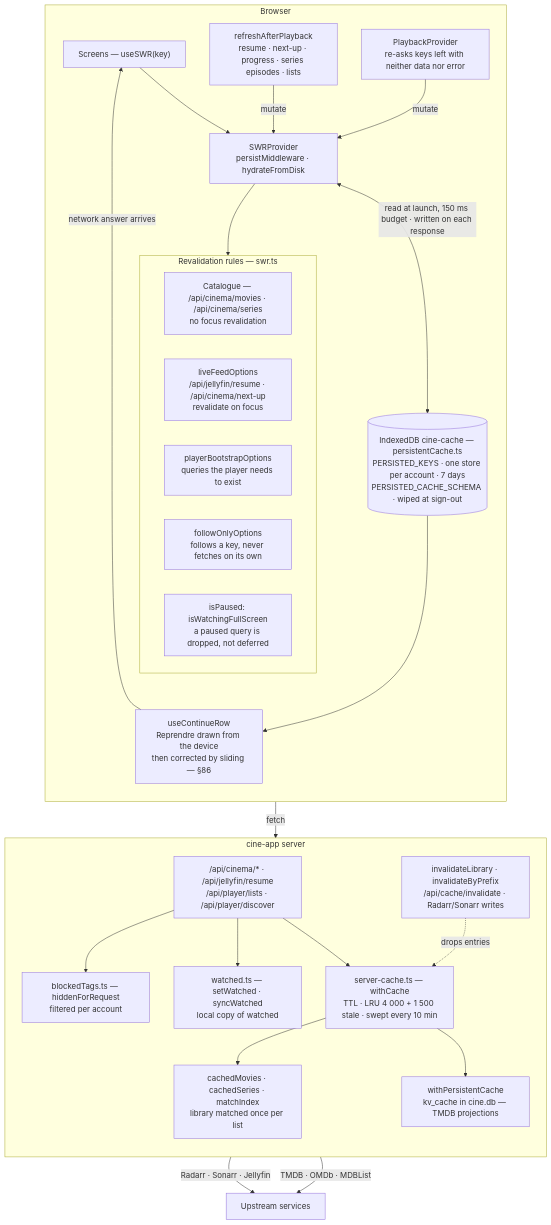
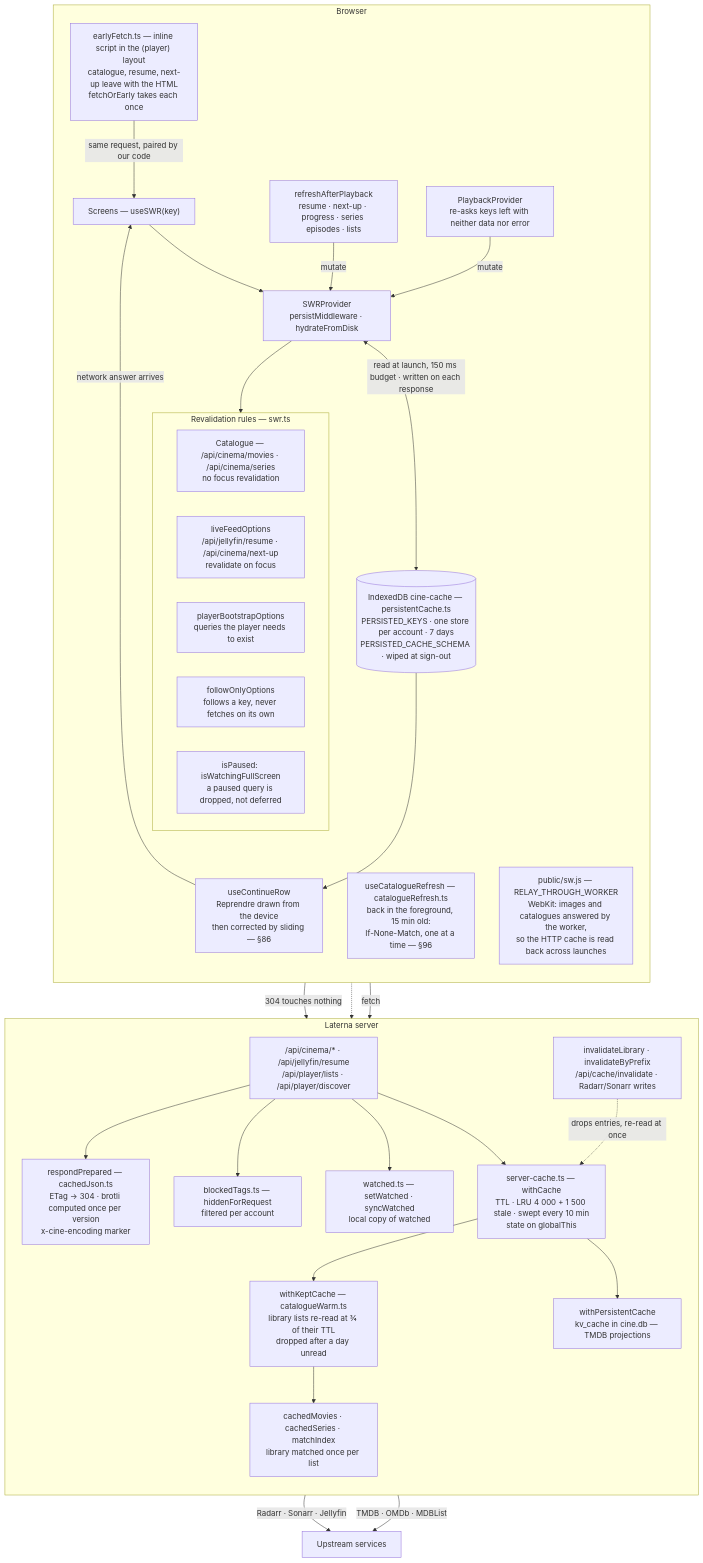
Before and after one commit to LK59/cine-app: the seventh of 10 diagrams in DOC-TECH.md, drawn with Mermaid. The commit also changed other lines of this file and 8 other files, not shown here.

First line of the commit message:
Documentation : plan de l'application à jour (Laterna) et ARCHITECTURE.svg régénéré par un outil

````diff
--- a/DOC-TECH.md
+++ b/DOC-TECH.md
@@ -496,47 +558,57 @@
 ```mermaid
 flowchart TB
     subgraph CLIENT["Browser"]
         direction TB
+        EARLY["earlyFetch.ts — inline script in the (player) layout<br/>catalogue, resume, next-up leave with the HTML<br/>fetchOrEarly takes each once"]
         COMP["Screens — useSWR(key)"]
         SWRP["SWRProvider<br/>persistMiddleware · hydrateFromDisk"]
         IDB[("IndexedDB cine-cache — persistentCache.ts<br/>PERSISTED_KEYS · one store per account · 7 days<br/>PERSISTED_CACHE_SCHEMA · wiped at sign-out")]
         subgraph RULES["Revalidation rules — swr.ts"]
             FROZEN["Catalogue — /api/cinema/movies · /api/cinema/series<br/>no focus revalidation"]
             LIVE["liveFeedOptions<br/>/api/jellyfin/resume · /api/cinema/next-up<br/>revalidate on focus"]
             BOOTQ["playerBootstrapOptions<br/>queries the player needs to exist"]
             FOLLOW["followOnlyOptions<br/>follows a key, never fetches on its own"]
             PAUSE["isPaused: isWatchingFullScreen<br/>a paused query is dropped, not deferred"]
         end
+        CREF["useCatalogueRefresh — catalogueRefresh.ts<br/>back in the foreground, 15 min old:<br/>If-None-Match, one at a time — §96"]
         CONT["useContinueRow<br/>Reprendre drawn from the device<br/>then corrected by sliding — §86"]
         RAP["refreshAfterPlayback<br/>resume · next-up · progress · series episodes · lists"]
         REASK["PlaybackProvider<br/>re-asks keys left with neither data nor error"]
+        SWC["public/sw.js — RELAY_THROUGH_WORKER<br/>WebKit: images and catalogues answered by the worker,<br/>so the HTTP cache is read back across launches"]
     end
 
-    subgraph SERVER["cine-app server"]
+    subgraph SERVER["Laterna server"]
         direction TB
         ROUTES["/api/cinema/* · /api/jellyfin/resume<br/>/api/player/lists · /api/player/discover"]
+        PREP["respondPrepared — cachedJson.ts<br/>ETag → 304 · brotli computed once per version<br/>x-cine-encoding marker"]
         HIDE["blockedTags.ts — hiddenForRequest<br/>filtered per account"]
         WATCH["watched.ts — setWatched · syncWatched<br/>local copy of watched"]
-        SC["server-cache.ts — withCache<br/>TTL · LRU 4 000 + 1 500 stale · swept every 10 min"]
+        SC["server-cache.ts — withCache<br/>TTL · LRU 4 000 + 1 500 stale · swept every 10 min<br/>state on globalThis"]
+        KEPT["withKeptCache — catalogueWarm.ts<br/>library lists re-read at ¾ of their TTL<br/>dropped after a day unread"]
         MI["cachedMovies · cachedSeries · matchIndex<br/>library matched once per list"]
         PC["withPersistentCache<br/>kv_cache in cine.db — TMDB projections"]
         INV["invalidateLibrary · invalidateByPrefix<br/>/api/cache/invalidate · Radarr/Sonarr writes"]
     end
 
+    EARLY -->|"same request, paired by our code"| COMP
     COMP --> SWRP
     SWRP <-->|"read at launch, 150 ms budget · written on each response"| IDB
     SWRP --> RULES
     RULES -->|"fetch"| ROUTES
+    CREF -->|"304 touches nothing"| ROUTES
+    SWC -.-> ROUTES
     IDB --> CONT
     CONT -->|"network answer arrives"| COMP
     RAP -->|"mutate"| SWRP
     REASK -->|"mutate"| SWRP
+    ROUTES --> PREP
     ROUTES --> HIDE
     ROUTES --> WATCH
     ROUTES --> SC
-    SC --> MI
+    SC --> KEPT
+    KEPT --> MI
     SC --> PC
-    INV -.->|"drops entries"| SC
+    INV -.->|"drops entries, re-read at once"| SC
     MI -->|"Radarr · Sonarr · Jellyfin"| UPS["Upstream services"]
     PC -->|"TMDB · OMDb · MDBList"| UPS
 ```
````
